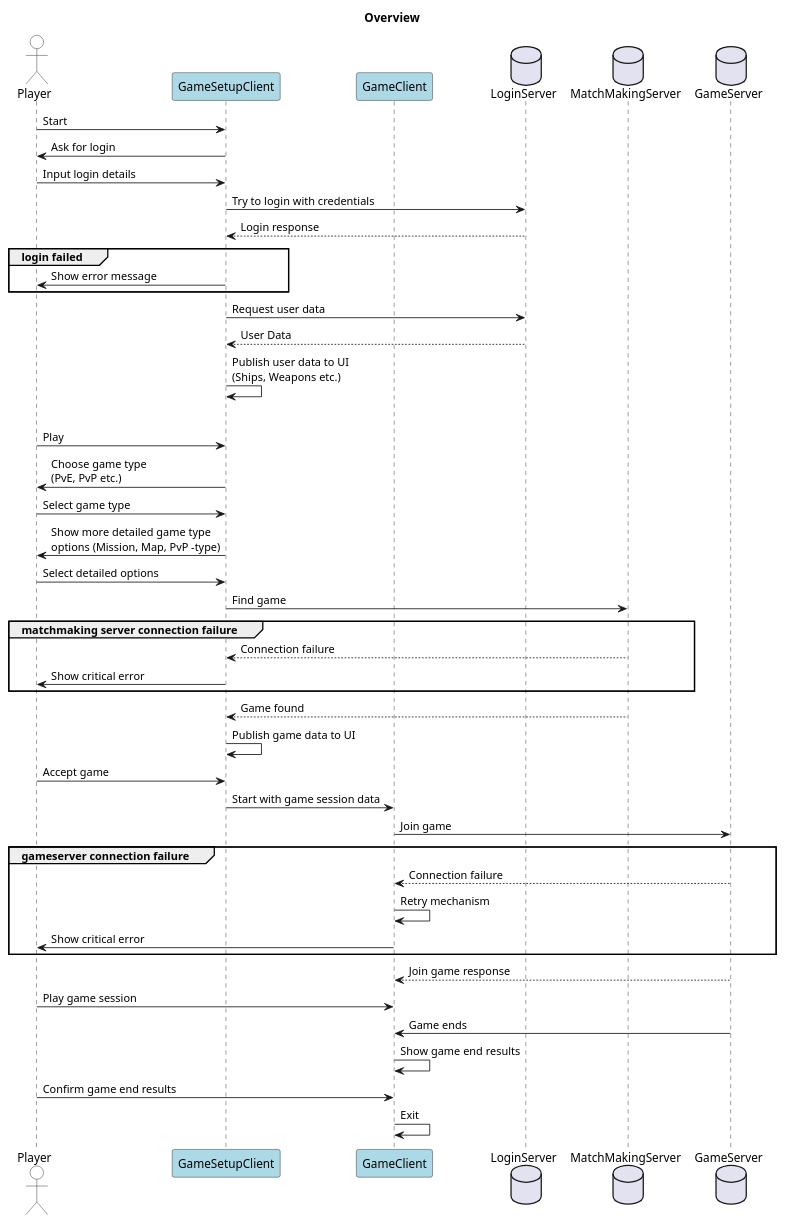
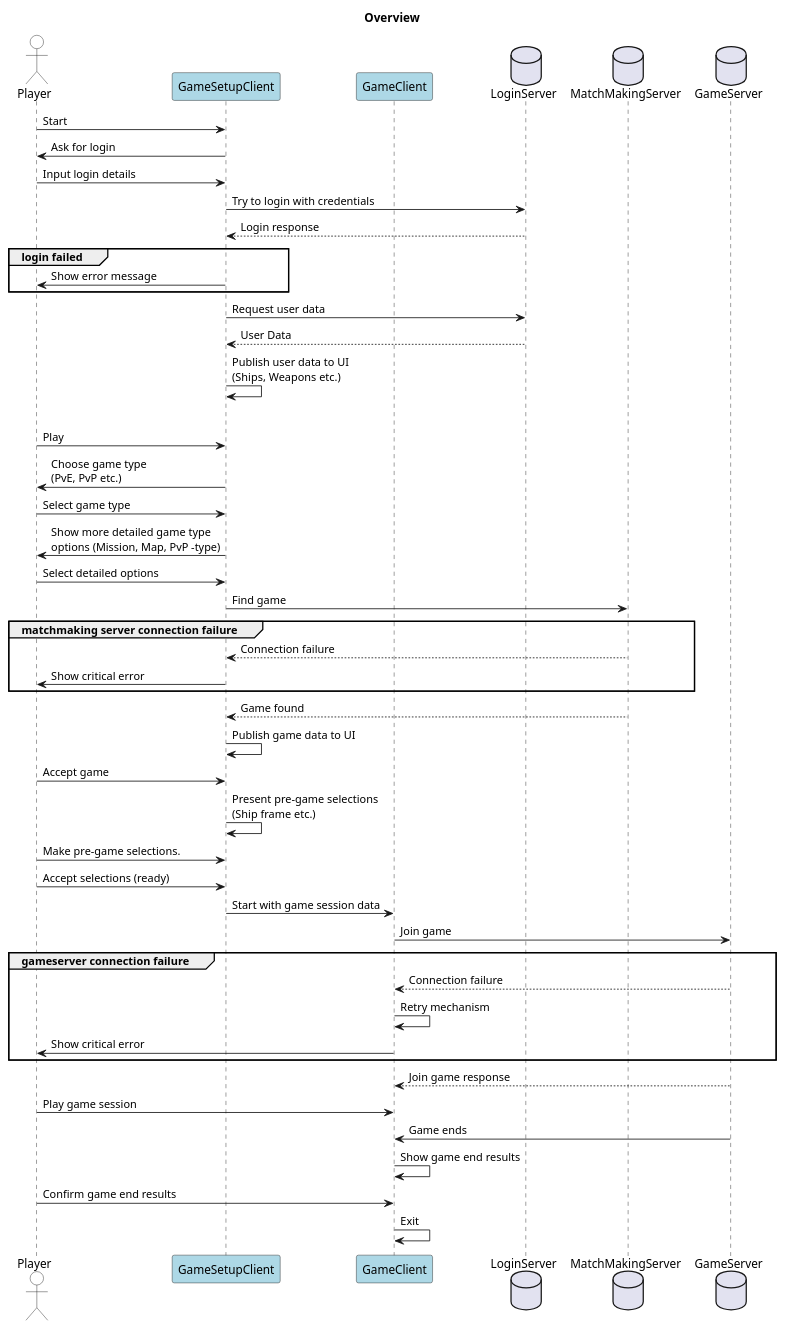
The diagram in diagrams/overview.puml (gomsu/aw-moba-docs), drawn with PlantUML before and after one commit.

Commit message:
Add pre-game selections

```diff
--- a/diagrams/overview.puml
+++ b/diagrams/overview.puml
@@ -1,48 +1,51 @@
 @startuml
 title Overview
 actor Player #white
 participant GameSetupClient #lightblue
 participant GameClient #lightblue
 database LoginServer
 database MatchMakingServer
 database GameServer
 
 Player -> GameSetupClient : Start
 GameSetupClient -> Player : Ask for login
 Player -> GameSetupClient : Input login details
 GameSetupClient -> LoginServer : Try to login with credentials
 LoginServer --> GameSetupClient : Login response
 group login failed
 GameSetupClient -> Player : Show error message
 end group
 GameSetupClient -> LoginServer : Request user data
 LoginServer --> GameSetupClient : User Data
 GameSetupClient -> GameSetupClient : Publish user data to UI\n(Ships, Weapons etc.)
 group
 Player -> GameSetupClient : Play
 GameSetupClient -> Player : Choose game type\n(PvE, PvP etc.)
 Player -> GameSetupClient : Select game type
 GameSetupClient -> Player : Show more detailed game type\noptions (Mission, Map, PvP -type)
 Player -> GameSetupClient : Select detailed options
 GameSetupClient -> MatchMakingServer : Find game
 group matchmaking server connection failure
 MatchMakingServer --> GameSetupClient : Connection failure
 GameSetupClient -> Player : Show critical error
 end group
 MatchMakingServer --> GameSetupClient : Game found
 GameSetupClient -> GameSetupClient : Publish game data to UI
 Player -> GameSetupClient : Accept game
+GameSetupClient -> GameSetupClient : Present pre-game selections\n(Ship frame etc.)
+Player -> GameSetupClient : Make pre-game selections.
+Player -> GameSetupClient : Accept selections (ready)
 GameSetupClient -> GameClient : Start with game session data
 GameClient -> GameServer : Join game
 group gameserver connection failure
 GameServer --> GameClient : Connection failure
 GameClient -> GameClient : Retry mechanism
 GameClient -> Player : Show critical error
 end group
 GameServer --> GameClient : Join game response
 Player -> GameClient : Play game session
 GameServer -> GameClient : Game ends
 GameClient -> GameClient : Show game end results
 Player -> GameClient : Confirm game end results
 GameClient -> GameClient : Exit
 @enduml
```
